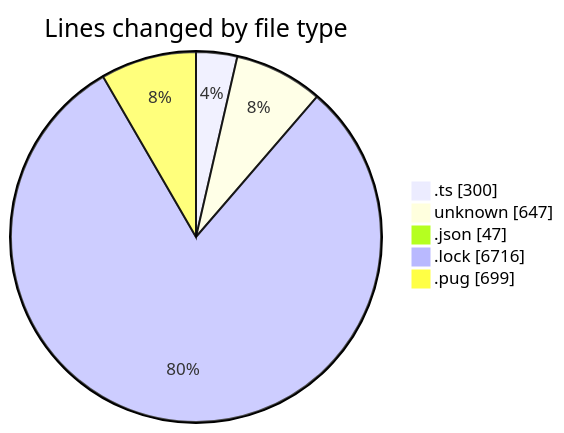
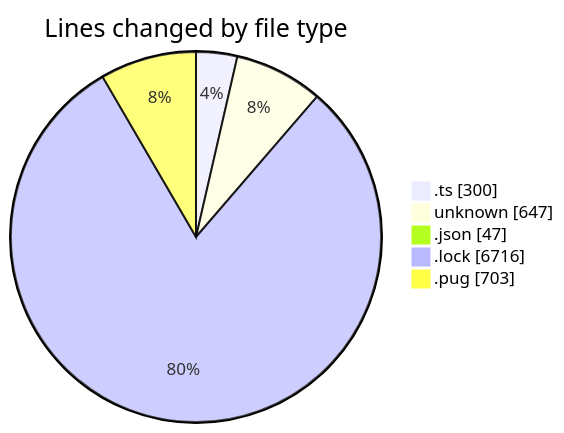
Before and after one commit to momahboobian/code-tracking: the first of 2 diagrams in 2026-05-22/cda/README.md, drawn with Mermaid. The commit also changed other lines of this file and 1 other file, not shown here.

````diff
--- a/2026-05-22/cda/README.md
+++ b/2026-05-22/cda/README.md
@@ -28,9 +28,9 @@
 ```mermaid
 pie showData
 title Lines changed by file type
 ".ts" : 300
 "unknown" : 647
 ".json" : 47
 ".lock" : 6716
-".pug" : 699
+".pug" : 703
 ```
````
